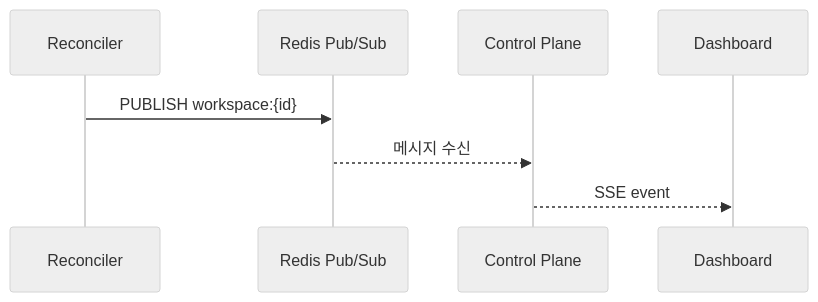
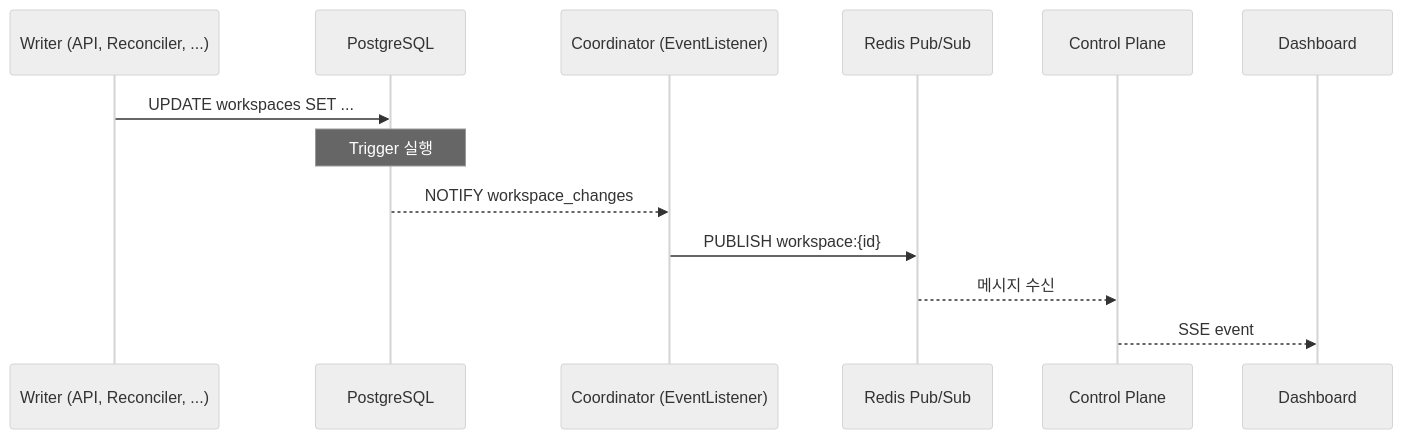
Before and after one commit to cagojeiger/code-hub: the diagram in docs/spec_v2/events.md, drawn with Mermaid (neutral theme). The commit also changed other lines of this file and 3 other files, not shown here.

````diff
--- a/docs/spec_v2/events.md
+++ b/docs/spec_v2/events.md
@@ -15,11 +21,16 @@
 ```mermaid
 sequenceDiagram
-    participant R as Reconciler
+    participant W as Writer (API, Reconciler, ...)
+    participant DB as PostgreSQL
+    participant C as Coordinator (EventListener)
     participant Redis as Redis Pub/Sub
     participant API as Control Plane
     participant UI as Dashboard
 
-    R->>Redis: PUBLISH workspace:{id}
+    W->>DB: UPDATE workspaces SET ...
+    Note over DB: Trigger 실행
+    DB-->>C: NOTIFY workspace_changes
+    C->>Redis: PUBLISH workspace:{id}
     Redis-->>API: 메시지 수신
     API-->>UI: SSE event
 ```
````
